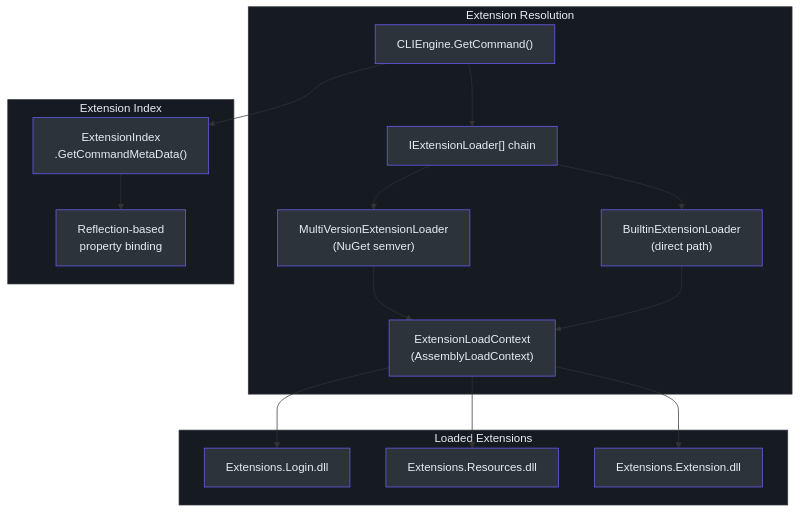
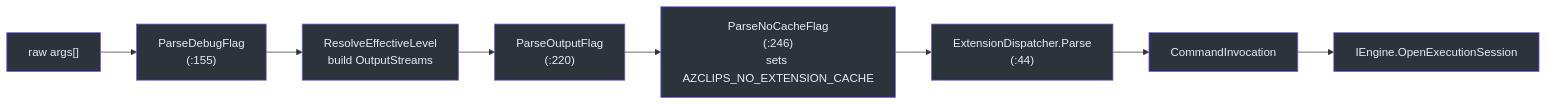
One commit to Azure/azclips changed the first of 2 diagrams in wiki/01-getting-started/cli-usage.md. Above: the diagram before and after it, drawn with Mermaid. The commit also changed other lines of this file and 19 other files, not shown here.

````diff
--- a/wiki/01-getting-started/cli-usage.md
+++ b/wiki/01-getting-started/cli-usage.md
@@ -156,46 +41,19 @@
 ```mermaid
-graph TB
-    subgraph Loading["Extension Resolution"]
-        style Loading fill:#161b22,stroke:#30363d,color:#e6edf3
-        Invoke["CLIEngine.GetCommand()"]
-        Chain["IExtensionLoader[] chain"]
-        MV["MultiVersionExtensionLoader<br>(NuGet semver)"]
-        BI["BuiltinExtensionLoader<br>(direct path)"]
-        ALC["ExtensionLoadContext<br>(AssemblyLoadContext)"]
-    end
+graph LR
+    ARGS["raw args[]"] --> DBG["ParseDebugFlag<br>(:155)"]
+    DBG --> LVL["ResolveEffectiveLevel<br>build OutputStreams"]
+    LVL --> OUT["ParseOutputFlag<br>(:220)"]
+    OUT --> NC["ParseNoCacheFlag<br>(:246)<br>sets AZCLIPS_NO_EXTENSION_CACHE"]
+    NC --> PARSE["ExtensionDispatcher.Parse<br>(:44)"]
+    PARSE --> INV["CommandInvocation"]
+    INV --> EXEC["IEngine.OpenExecutionSession"]
 
-    subgraph Index["Extension Index"]
-        style Index fill:#161b22,stroke:#30363d,color:#e6edf3
-        Meta["ExtensionIndex<br>.GetCommandMetaData()"]
-        Reflect["Reflection-based<br>property binding"]
-    end
-
-    subgraph Extensions["Loaded Extensions"]
-        style Extensions fill:#161b22,stroke:#30363d,color:#e6edf3
-        Login["Extensions.Login.dll"]
-        Resources["Extensions.Resources.dll"]
-        Extension["Extensions.Extension.dll"]
-    end
-
-    Invoke --> Chain
-    Chain --> MV
-    Chain --> BI
-    MV --> ALC
-    BI --> ALC
-    ALC --> Login
-    ALC --> Resources
-    ALC --> Extension
-    Invoke --> Meta
-    Meta --> Reflect
-
-    style Invoke fill:#2d333b,stroke:#6d5dfc,color:#e6edf3
-    style Chain fill:#2d333b,stroke:#6d5dfc,color:#e6edf3
-    style MV fill:#2d333b,stroke:#6d5dfc,color:#e6edf3
-    style BI fill:#2d333b,stroke:#6d5dfc,color:#e6edf3
-    style ALC fill:#2d333b,stroke:#6d5dfc,color:#e6edf3
-    style Meta fill:#2d333b,stroke:#6d5dfc,color:#e6edf3
-    style Reflect fill:#2d333b,stroke:#6d5dfc,color:#e6edf3
-    style Login fill:#2d333b,stroke:#6d5dfc,color:#e6edf3
-    style Resources fill:#2d333b,stroke:#6d5dfc,color:#e6edf3
-    style Extension fill:#2d333b,stroke:#6d5dfc,color:#e6edf3
+    style ARGS fill:#2d333b,stroke:#6d5dfc,color:#e6edf3
+    style DBG fill:#2d333b,stroke:#6d5dfc,color:#e6edf3
+    style LVL fill:#2d333b,stroke:#6d5dfc,color:#e6edf3
+    style OUT fill:#2d333b,stroke:#6d5dfc,color:#e6edf3
+    style NC fill:#2d333b,stroke:#6d5dfc,color:#e6edf3
+    style PARSE fill:#2d333b,stroke:#6d5dfc,color:#e6edf3
+    style INV fill:#2d333b,stroke:#6d5dfc,color:#e6edf3
+    style EXEC fill:#2d333b,stroke:#6d5dfc,color:#e6edf3
 ```
````
